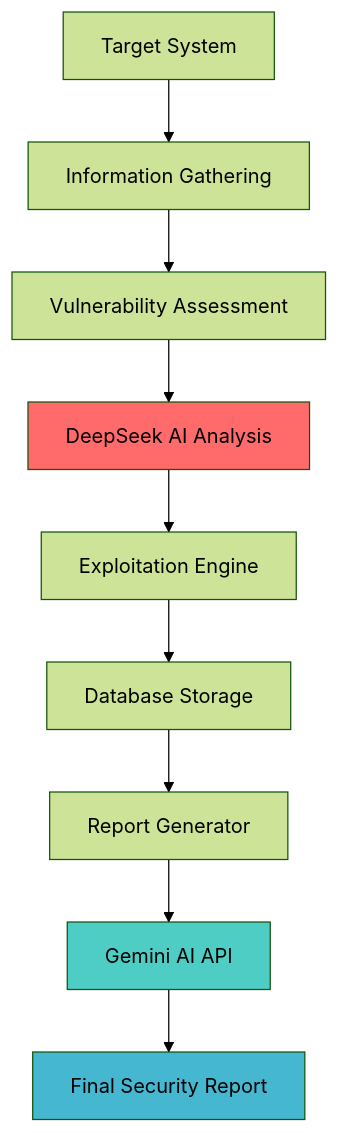
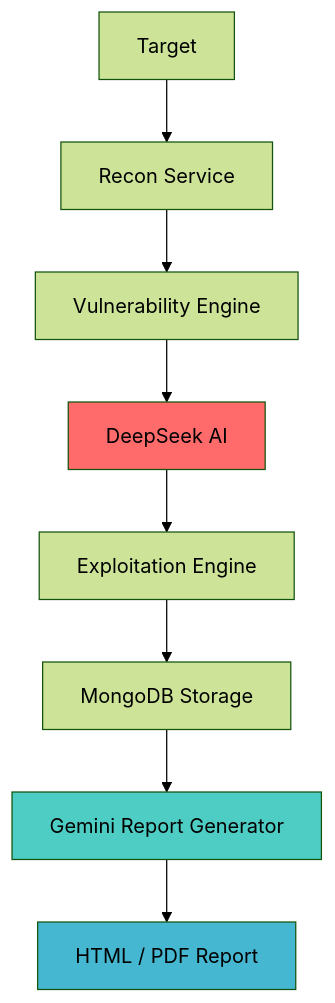
Before and after one commit to mohammad-almohatseb/cyber_guard: the diagram in README.md, drawn with Mermaid (forest theme). The commit also changed other lines of this file, not shown here.

````diff
--- a/README.md
+++ b/README.md
@@ -59,15 +56,14 @@
 ```mermaid
-graph TB
-    A[Target System] --> B[Information Gathering]
-    B --> C[Vulnerability Assessment]
-    C --> D[DeepSeek AI Analysis]
+graph TD
+    A[Target] --> B[Recon Service]
+    B --> C[Vulnerability Engine]
+    C --> D[DeepSeek AI]
     D --> E[Exploitation Engine]
-    E --> F[Database Storage]
-    F --> G[Report Generator]
-    G --> H[Gemini AI API]
-    H --> I[Final Security Report]
+    E --> F[MongoDB Storage]
+    F --> G[Gemini Report Generator]
+    G --> H[HTML / PDF Report]
     
     style D fill:#ff6b6b
-    style H fill:#4ecdc4
-    style I fill:#45b7d1
+    style G fill:#4ecdc4
+    style H fill:#45b7d1
 ```
````
